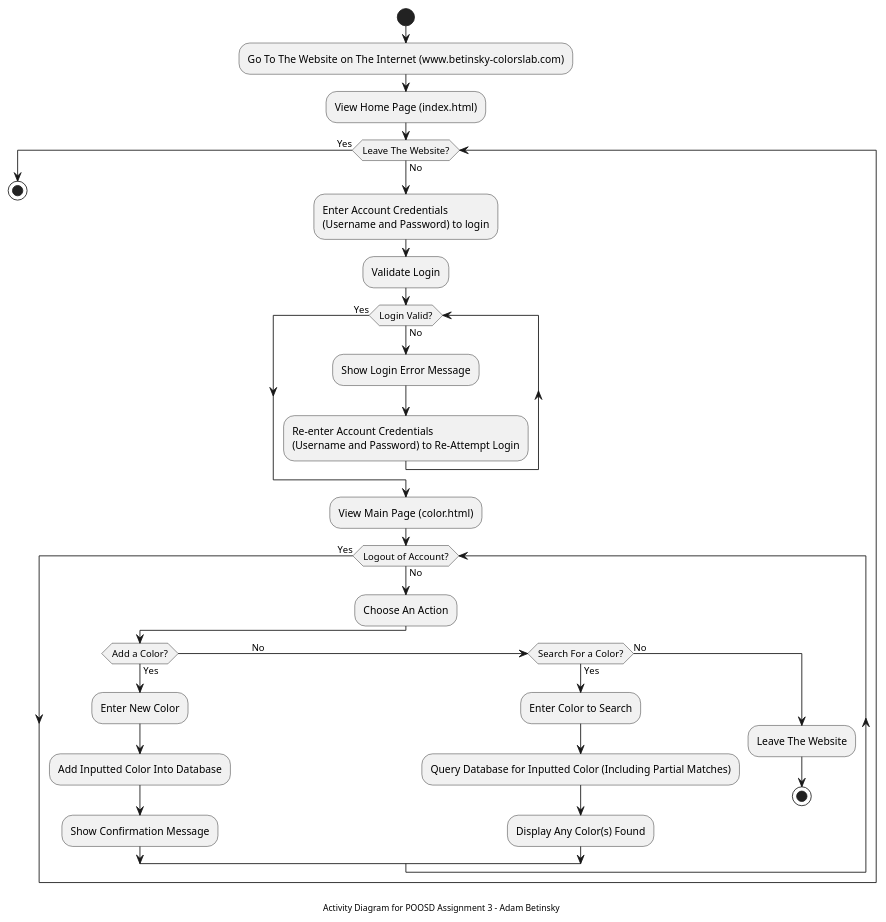
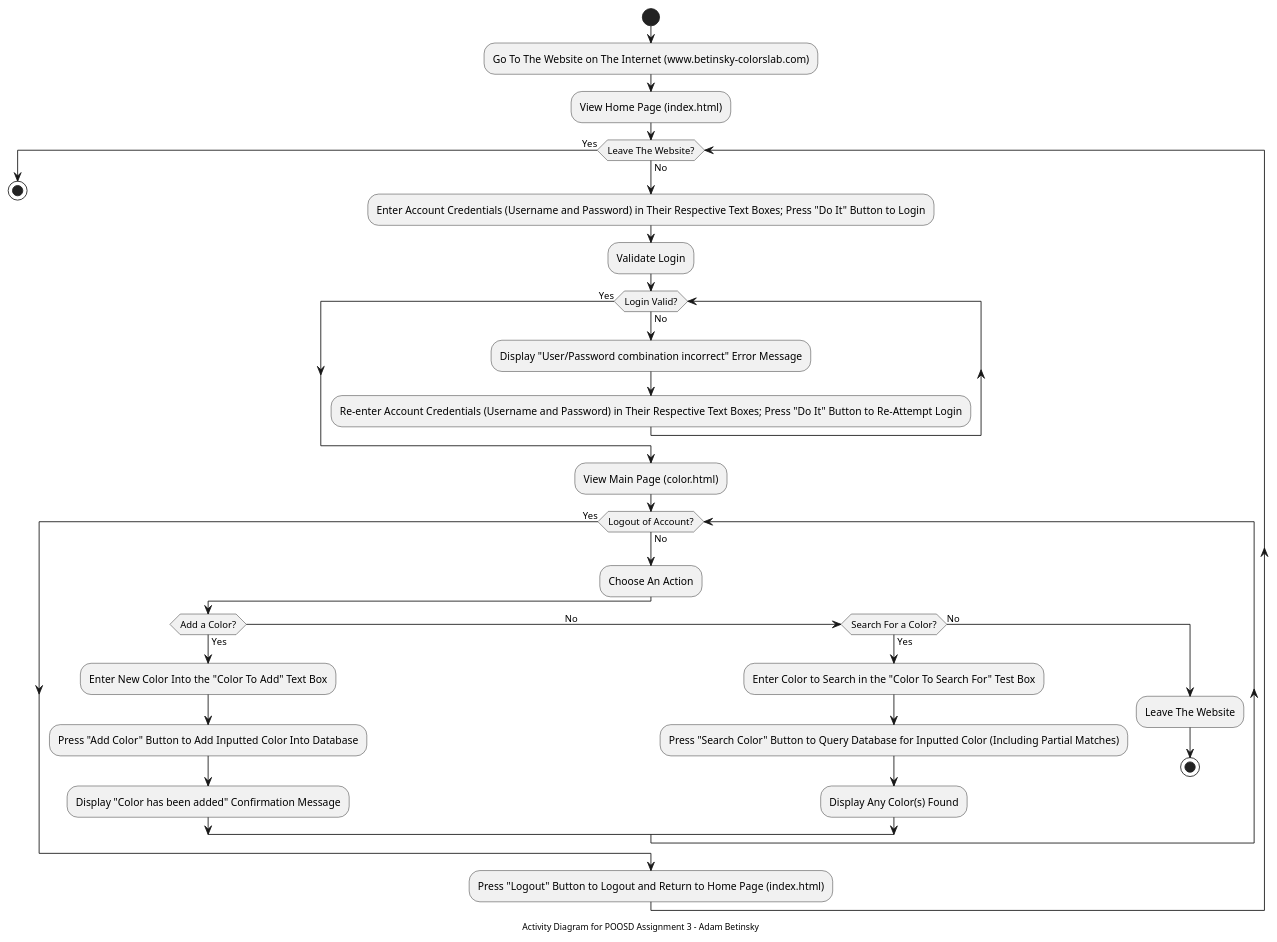
One commit to ABetinsky/Adam-Betinsky-COLORS-Lab changed the diagram in docs/uml/activity.puml. Above: the diagram before and after it, drawn with PlantUML. The commit also changed other lines of this file and 1 other file, not shown here.

Commit message:
Updated activity diagram

```diff
--- a/docs/uml/activity.puml
+++ b/docs/uml/activity.puml
@@ -5,67 +5,68 @@
 @startuml
 
 ' Add start node as the user must want to visit the site
 start
 
 ' Add flow for loading the site
 :Go To The Website on The Internet (www.betinsky-colorslab.com);
 :View Home Page (index.html);
 
 ' While loop for staying active on the website (AKA not being done)
 while (Leave The Website?) is (No)
 
     ' Flow for inital login attempt
-    :Enter Account Credentials
-    (Username and Password) to login;
+    :Enter Account Credentials (Username and Password) in Their Respective Text Boxes; Press "Do It" Button to Login;
     :Validate Login;
 
     ' While loop while attempting to login
     while (Login Valid?) is (No)
 
         ' Flow for bad login and re-attempting
-        :Show Login Error Message;
-        :Re-enter Account Credentials
-        (Username and Password) to Re-Attempt Login;
+        :Display "User/Password combination incorrect" Error Message;
+        :Re-enter Account Credentials (Username and Password) in Their Respective Text Boxes; Press "Do It" Button to Re-Attempt Login;
 
     endwhile (Yes)
 
     ' Flow for when there is a successful login
     :View Main Page (color.html);
 
     ' While loop for staying logged into your account
     while (Logout of Account?) is (No)
 
         ' Flow for staying logged into your account
         :Choose An Action;
 
         ' Flow for adding a color to the database
         if(Add a Color?) then (Yes)
-            :Enter New Color;
-            :Add Inputted Color Into Database;
-            :Show Confirmation Message;
+            :Enter New Color Into the "Color To Add" Text Box;
+            :Press "Add Color" Button to Add Inputted Color Into Database;
+            :Display "Color has been added" Confirmation Message;
 
         ' Flow for searching a color to the database (note there is a bunch of spacing on line 48 so the "No" keyword stays closer to the middle of the link)
         (No                                                                                                           ) elseif (Search For a Color?) then (Yes)
-            :Enter Color to Search;
-            :Query Database for Inputted Color (Including Partial Matches);
+            :Enter Color to Search in the "Color To Search For" Test Box;
+            :Press "Search Color" Button to Query Database for Inputted Color (Including Partial Matches);
             :Display Any Color(s) Found;
 
             ' Flow for the else case - the user must want to leave the website while still being logged in. Doing this will log them out behind the scenes, so stop here
         else (No)
             :Leave The Website;
             stop
 
         endif
 
     endwhile (Yes)
 
+:Press "Logout" Button to Logout and Return to Home Page (index.html);
+
+
 endWhile (Yes)
 
 ' The user must want to leave the website, so stop here as well
 stop
 
 ' Add footer to the diagram
 footer Activity Diagram for POOSD Assignment 3 - Adam Betinsky
 skinparam footerFontColor black
 
 @enduml
```
